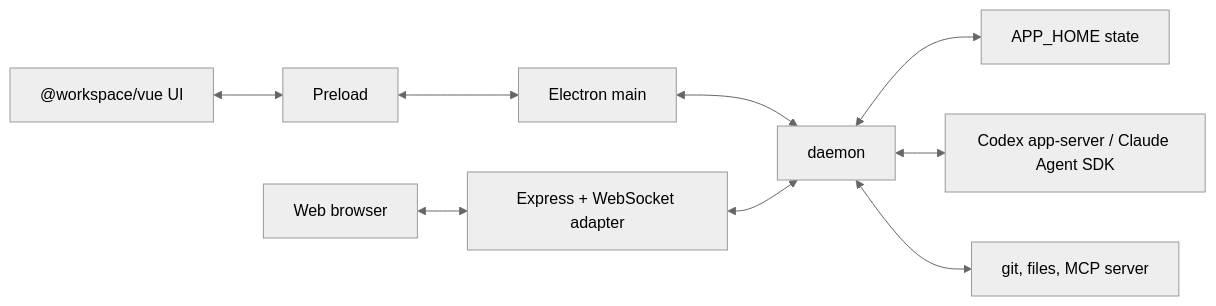
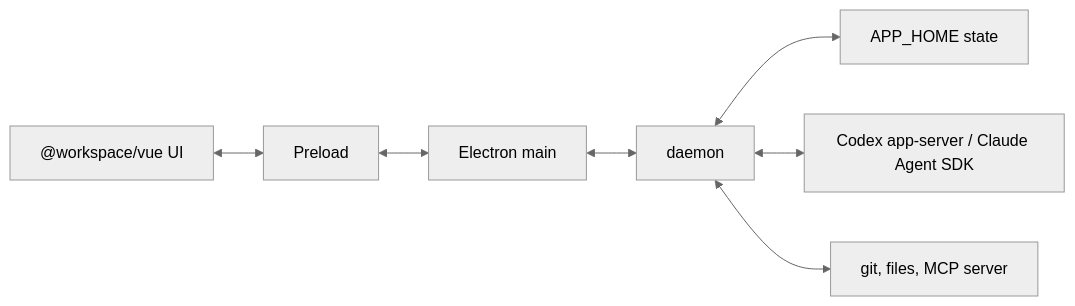
Before and after one commit to nbonamy/korus: the diagram in docs/architecture.md, drawn with Mermaid (neutral theme). The commit also changed other lines of this file and 1518 other files, not shown here.

````diff
--- a/docs/architecture.md
+++ b/docs/architecture.md
@@ -28,8 +27,7 @@
 ```mermaid
 flowchart LR
   UI["@workspace/vue UI"] <--> Preload <--> Main["Electron main"] <--> D["daemon"]
-  Browser["Web browser"] <--> Web["Express + WebSocket adapter"] <--> D
   D <--> State["APP_HOME state"]
   D <--> P["Codex app-server / Claude Agent SDK"]
   D <--> Git["git, files, MCP server"]
 ```
````
